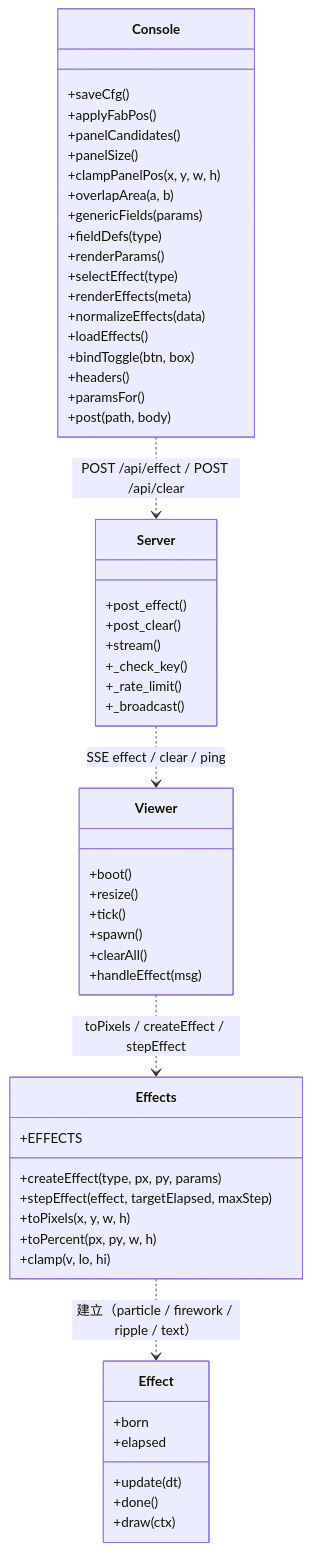
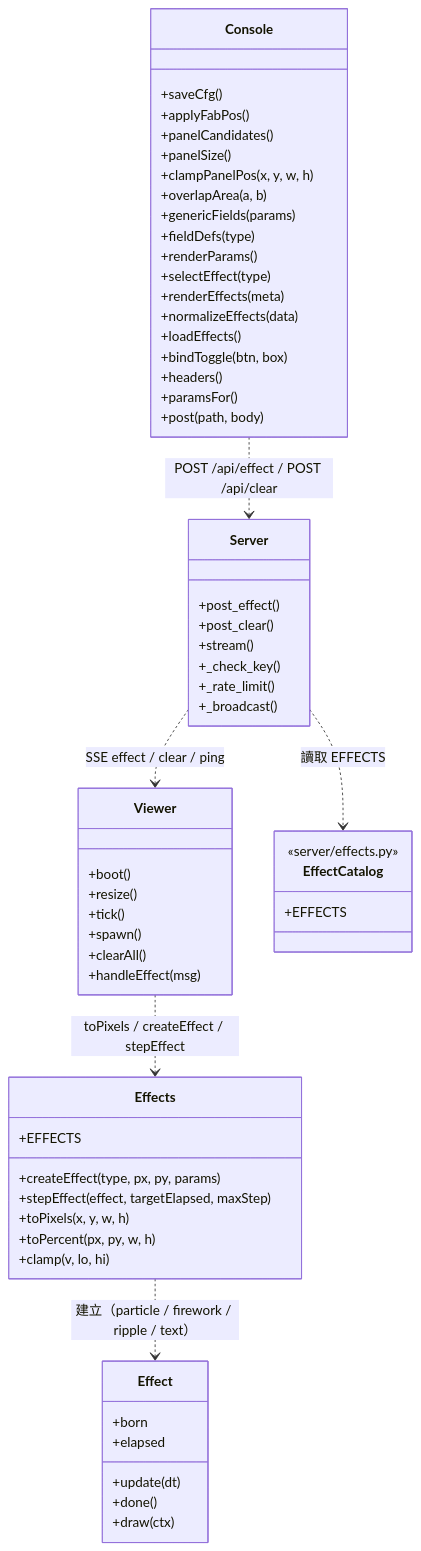
Before and after one commit to zivngit/Real-time-Interaction-html: the fifth of 6 diagrams in docs/agents/CALL_GRAPH.md, drawn with Mermaid. The commit also changed other lines of this file and 13 other files, not shown here.

````diff
--- a/docs/agents/CALL_GRAPH.md
+++ b/docs/agents/CALL_GRAPH.md
@@ -128,57 +129,62 @@
 ```mermaid
 classDiagram
     class Effects {
         +EFFECTS
         +createEffect(type, px, py, params)
         +stepEffect(effect, targetElapsed, maxStep)
         +toPixels(x, y, w, h)
         +toPercent(px, py, w, h)
         +clamp(v, lo, hi)
     }
     class Effect {
         +update(dt)
         +done()
         +draw(ctx)
         +born
         +elapsed
     }
     class Viewer {
         +boot()
         +resize()
         +tick()
         +spawn()
         +clearAll()
         +handleEffect(msg)
+    }
+    class EffectCatalog {
+        <<server/effects.py>>
+        +EFFECTS
     }
     class Server {
         +post_effect()
         +post_clear()
         +stream()
         +_check_key()
         +_rate_limit()
         +_broadcast()
     }
     class Console {
         +saveCfg()
         +applyFabPos()
         +panelCandidates()
         +panelSize()
         +clampPanelPos(x, y, w, h)
         +overlapArea(a, b)
         +genericFields(params)
         +fieldDefs(type)
         +renderParams()
         +selectEffect(type)
         +renderEffects(meta)
         +normalizeEffects(data)
         +loadEffects()
         +bindToggle(btn, box)
         +headers()
         +paramsFor()
         +post(path, body)
     }
     Viewer ..> Effects : toPixels / createEffect / stepEffect
     Effects ..> Effect : 建立（particle / firework / ripple / text）
     Console ..> Server : POST /api/effect / POST /api/clear
+    Server ..> EffectCatalog : 讀取 EFFECTS
     Server ..> Viewer : SSE effect / clear / ping
 ```
````
